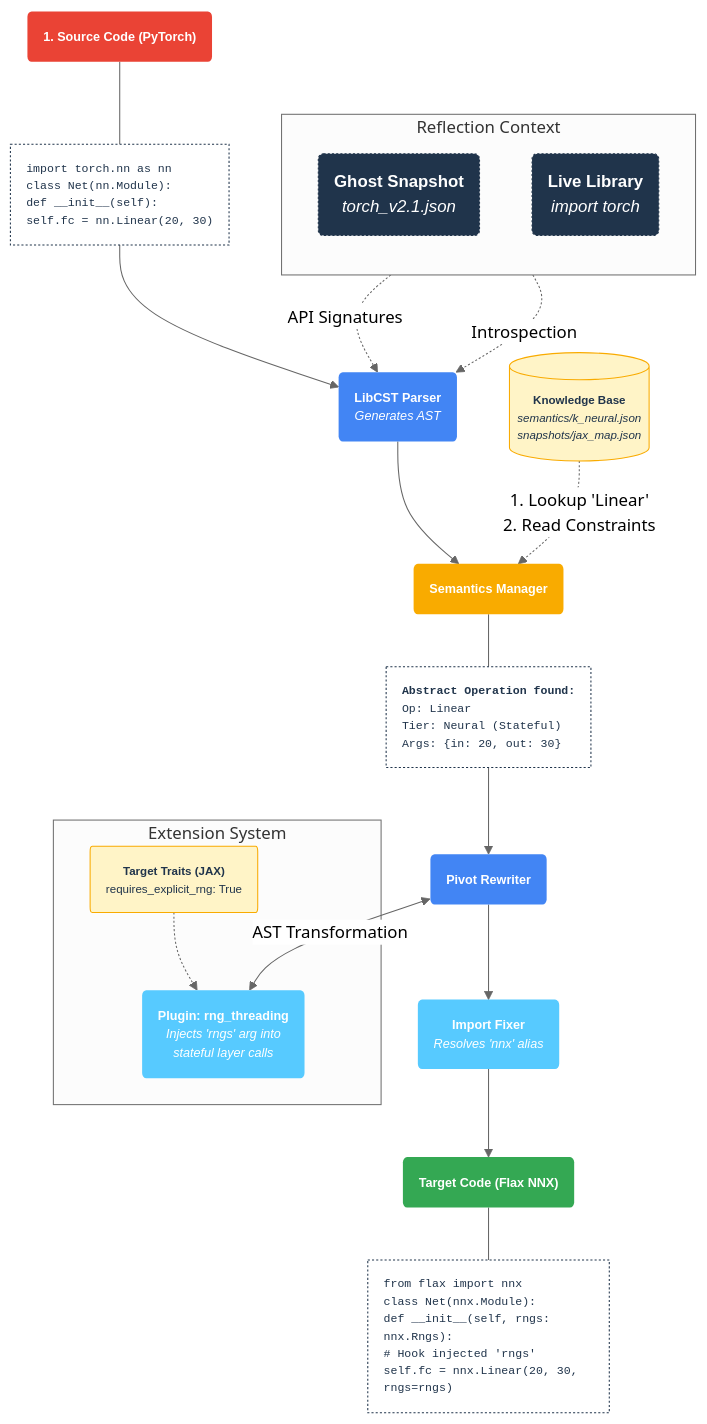
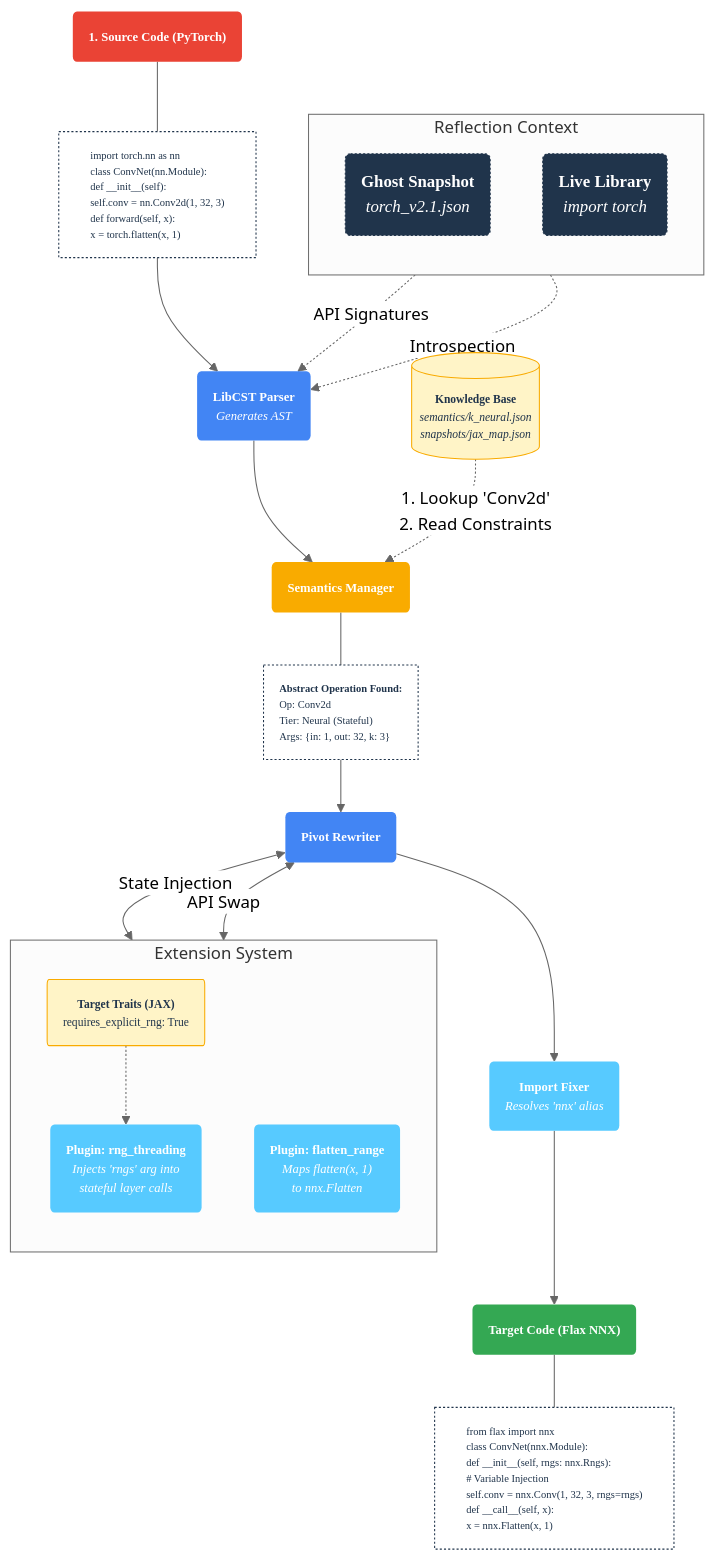
Before and after one commit to SamuelMarks/ml-switcheroo: the second of 2 diagrams in README.md, drawn with Mermaid (neutral theme). The commit also changed other lines of this file and 42 other files, not shown here.

````diff
--- a/README.md
+++ b/README.md
@@ -131,65 +133,80 @@
 ```mermaid
 graph TD
-    classDef default font-family:sans-serif,color:#20344b,stroke:#20344b,stroke-width:1px;
-    classDef title font-family:sans-serif,font-size:12px,color:white,stroke-width:0px,rx:4px;
-    classDef code font-family:monospace,font-size:11px,text-align:left,fill:white,color:#20344b,stroke:#20344b,stroke-dasharray:2 2,rx:0;
-    classDef db font-family:sans-serif,font-size:11px,fill:#fff4c7,stroke:#f9ab00,stroke-width:1px,rx:2px;
+    %% --- STYLE DEFINITIONS ---
+    classDef default font-family:'Google Sans',color:#20344b,stroke:#20344b,stroke-width:1px;
+    classDef title font-family:'Google Sans Medium',font-size:12px,color:white,stroke-width:0px,rx:4px;
+    classDef code font-family:'Roboto Mono',font-size:10px,text-align:left,fill:white,color:#20344b,stroke:#20344b,stroke-dasharray:2 2,rx:0;
+    classDef db font-family:'Google Sans',font-size:11px,fill:#fff4c7,stroke:#f9ab00,stroke-width:1px,rx:2px;
 
     classDef src fill:#ea4335,color:white;
     classDef eng fill:#4285f4,color:white;
     classDef hub fill:#f9ab00,color:#20344b;
     classDef plug fill:#57caff,color:#20344b;
     classDef tgt fill:#34a853,color:white;
     classDef ghost fill:#20344b,color:white,stroke-dasharray:2 2;
 
+    %% 1. SOURCE
     S_HEAD("<b>1. Source Code (PyTorch)</b>"):::src
     S_HEAD:::title
 
-    S_CODE("import torch.nn as nn<br/>class Net(nn.Module):<br/>def __init__(self):<br/>self.fc = nn.Linear(20, 30)"):::code
+    S_CODE["import torch.nn as nn<br/>class ConvNet(nn.Module):<br/>  def __init__(self):<br/>    self.conv = nn.Conv2d(1, 32, 3)<br/>  def forward(self, x):<br/>    x = torch.flatten(x, 1)"]:::code
     S_HEAD --- S_CODE
 
+    %% 2. PARSING & ANALYSIS
     P_LIBCST("<b>LibCST Parser</b><br/><i>Generates AST</i>"):::eng
     P_LIBCST:::title
     S_CODE --> P_LIBCST
 
     subgraph CONTEXT ["Reflection Context"]
       direction TB
       GHOST("<b>Ghost Snapshot</b><br/><i>torch_v2.1.json</i>"):::ghost
       LIVE("<b>Live Library</b><br/><i>import torch</i>"):::ghost
     end
     GHOST -.->|" API Signatures "|P_LIBCST
     LIVE -.->|" Introspection "|P_LIBCST
 
+    %% 3. KNOWLEDGE LOOKUP
     HUB_HEAD("<b>Semantics Manager</b>"):::hub
     HUB_HEAD:::title
     P_LIBCST --> HUB_HEAD
 
     JSON_DB[("<b>Knowledge Base</b><br/><i>semantics/k_neural.json</i><br/><i>snapshots/jax_map.json</i>")]:::db
-    JSON_DB -.->|" 1. Lookup 'Linear'<br/>2. Read Constraints "|HUB_HEAD
+    JSON_DB -.->|" 1. Lookup 'Conv2d'<br/>2. Read Constraints "|HUB_HEAD
 
-    ABS_NODE("<b>Abstract Operation found:</b><br/>Op: Linear<br/>Tier: Neural (Stateful)<br/>Args: {in: 20, out: 30}"):::code
+    ABS_NODE("<b>Abstract Operation Found:</b><br/>Op: Conv2d<br/>Tier: Neural (Stateful)<br/>Args: {in: 1, out: 32, k: 3}"):::code
     HUB_HEAD --- ABS_NODE
 
+    %% 4. REWRITING REWIRING
     REWRITE("<b>Pivot Rewriter</b>"):::eng
     REWRITE:::title
     ABS_NODE --> REWRITE
 
     subgraph PLUGINS ["Extension System"]
+      direction TB
       target_trait("<b>Target Traits (JAX)</b><br/>requires_explicit_rng: True"):::db
+      
       HOOK_DEF("<b>Plugin: rng_threading</b><br/><i>Injects 'rngs' arg into<br/>stateful layer calls</i>"):::plug
       HOOK_DEF:::title
+      
+      HOOK_FLAT("<b>Plugin: flatten_range</b><br/><i>Maps flatten(x, 1)<br/>to nnx.Flatten</i>"):::plug
+      HOOK_FLAT:::title
+
       target_trait -.-> HOOK_DEF
     end
-    REWRITE <-->|" AST Transformation "|HOOK_DEF
+    
+    REWRITE <-->|" State Injection "|HOOK_DEF
+    REWRITE <-->|" API Swap "|HOOK_FLAT
 
+    %% 5. REFINEMENT
     FIXER("<b>Import Fixer</b><br/><i>Resolves 'nnx' alias</i>"):::plug
     FIXER:::title
     REWRITE --> FIXER
 
+    %% 6. TARGET
     T_HEAD("<b>Target Code (Flax NNX)</b>"):::tgt
     T_HEAD:::title
     FIXER --> T_HEAD
 
-    T_CODE("from flax import nnx<br/>class Net(nnx.Module):<br/>def __init__(self, rngs: nnx.Rngs):<br/># Hook injected 'rngs'<br/>self.fc = nnx.Linear(20, 30, rngs=rngs)"):::code
+    T_CODE["from flax import nnx<br/>class ConvNet(nnx.Module):<br/>  def __init__(self, rngs: nnx.Rngs):<br/>    # Variable Injection<br/>    self.conv = nnx.Conv(1, 32, 3, rngs=rngs)<br/>  def __call__(self, x):<br/>    x = nnx.Flatten(x, 1)"]:::code
     T_HEAD --- T_CODE
 ```
````
